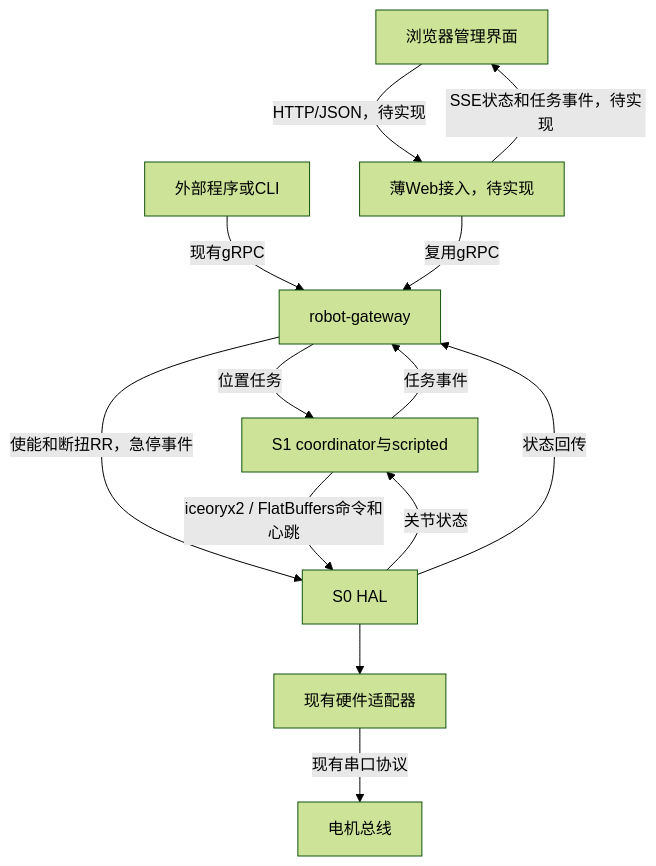
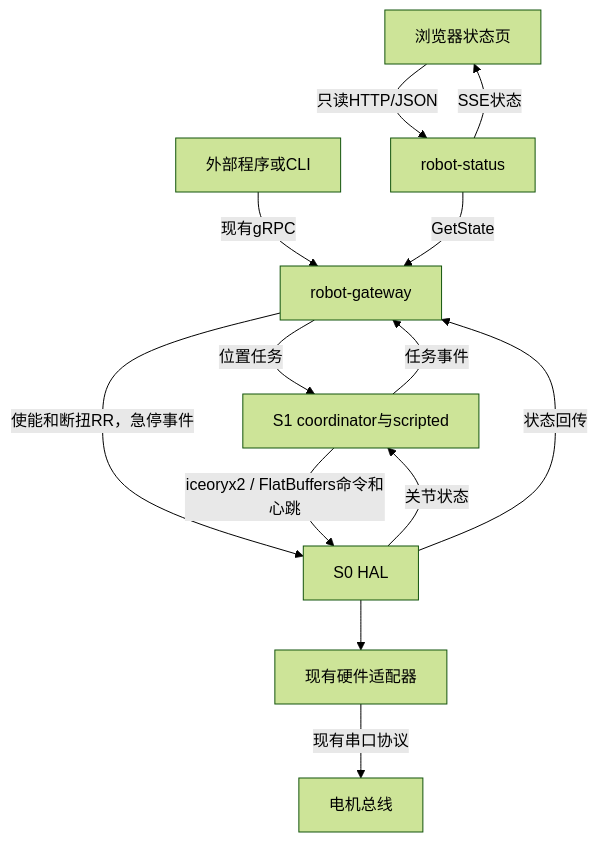
One commit to arxxyr/robot-system changed the diagram in docs/control_plan.md. Above: the diagram before and after it, drawn with Mermaid (forest theme). The commit also changed other lines of this file and 18 other files, not shown here.

````diff
--- a/docs/control_plan.md
+++ b/docs/control_plan.md
@@ -7,15 +7,15 @@
 ```mermaid
 flowchart TD
-    UI[浏览器管理界面] -->|HTTP/JSON，待实现| WEB[薄Web接入，待实现]
-    WEB -->|SSE状态和任务事件，待实现| UI
+    UI[浏览器状态页] -->|只读HTTP/JSON| WEB[robot-status]
+    WEB -->|SSE状态| UI
     APP[外部程序或CLI] -->|现有gRPC| RPC[robot-gateway]
-    WEB -->|复用gRPC| RPC
+    WEB -->|GetState| RPC
     RPC -->|位置任务| S1[S1 coordinator与scripted]
     RPC -->|使能和断扭RR，急停事件| S0[S0 HAL]
     S1 -->|iceoryx2 / FlatBuffers命令和心跳| S0
     S0 -->|关节状态| S1
     S0 -->|状态回传| RPC
     S1 -->|任务事件| RPC
     S0 --> AD[现有硬件适配器]
     AD -->|现有串口协议| DEV[电机总线]
 ```
````
